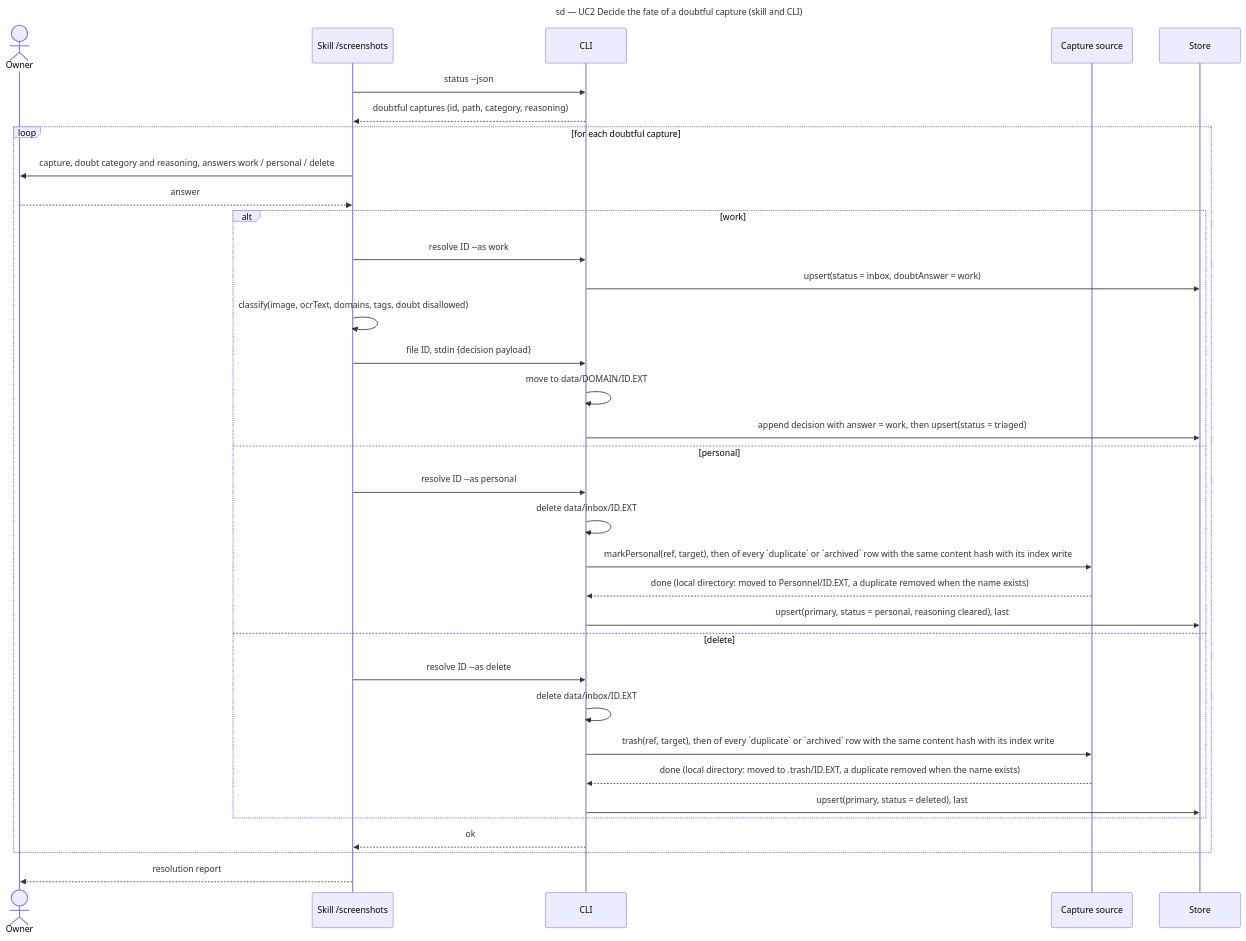
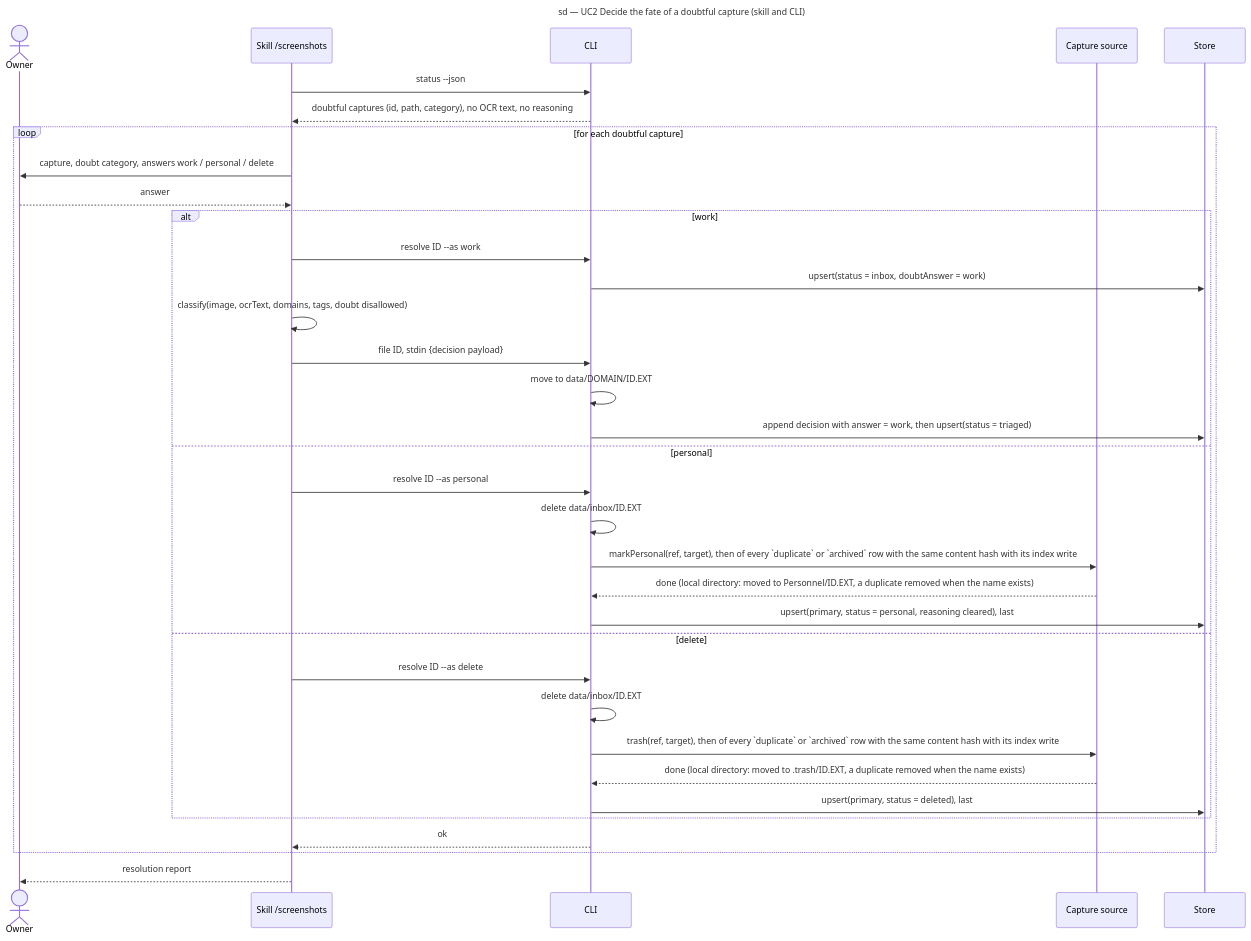
One commit to benoit-bremaud/screenshot-triage changed the diagram in docs/architecture/diagrams/triage/02-sequence-resolve-doubt.md. Above: the diagram before and after it, drawn with Mermaid. The commit also changed other lines of this file and 6 other files, not shown here.

First line of the commit message:
fix(status): keep ocrText and reasoning of doubtful captures out of status

````diff
--- a/docs/architecture/diagrams/triage/02-sequence-resolve-doubt.md
+++ b/docs/architecture/diagrams/triage/02-sequence-resolve-doubt.md
@@ -14,37 +14,37 @@
 ```mermaid
 sequenceDiagram
   title sd — UC2 Decide the fate of a doubtful capture (skill and CLI)
   actor Owner
   participant Skill as Skill /screenshots
   participant CLI as CLI
   participant Source as Capture source
   participant Store as Store
   Skill->>CLI: status --json
-  CLI-->>Skill: doubtful captures (id, path, category, reasoning)
+  CLI-->>Skill: doubtful captures (id, path, category), no OCR text, no reasoning
   loop for each doubtful capture
-    Skill->>Owner: capture, doubt category and reasoning, answers work / personal / delete
+    Skill->>Owner: capture, doubt category, answers work / personal / delete
     Owner-->>Skill: answer
     alt work
       Skill->>CLI: resolve ID --as work
       CLI->>Store: upsert(status = inbox, doubtAnswer = work)
       Skill->>Skill: classify(image, ocrText, domains, tags, doubt disallowed)
       Skill->>CLI: file ID, stdin {decision payload}
       CLI->>CLI: move to data/DOMAIN/ID.EXT
       CLI->>Store: append decision with answer = work, then upsert(status = triaged)
     else personal
       Skill->>CLI: resolve ID --as personal
       CLI->>CLI: delete data/inbox/ID.EXT
       CLI->>Source: markPersonal(ref, target), then of every `duplicate` or `archived` row with the same content hash with its index write
       Source-->>CLI: done (local directory: moved to Personnel/ID.EXT, a duplicate removed when the name exists)
       CLI->>Store: upsert(primary, status = personal, reasoning cleared), last
     else delete
       Skill->>CLI: resolve ID --as delete
       CLI->>CLI: delete data/inbox/ID.EXT
       CLI->>Source: trash(ref, target), then of every `duplicate` or `archived` row with the same content hash with its index write
       Source-->>CLI: done (local directory: moved to .trash/ID.EXT, a duplicate removed when the name exists)
       CLI->>Store: upsert(primary, status = deleted), last
     end
     CLI-->>Skill: ok
   end
   Skill-->>Owner: resolution report
 ```
````
